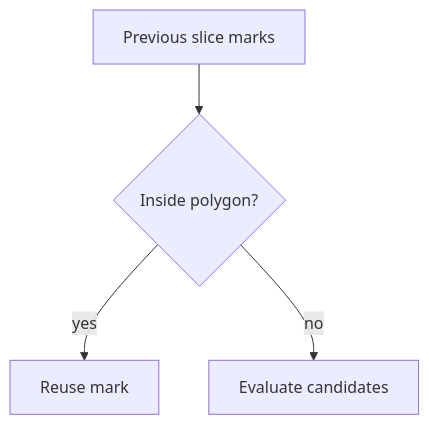
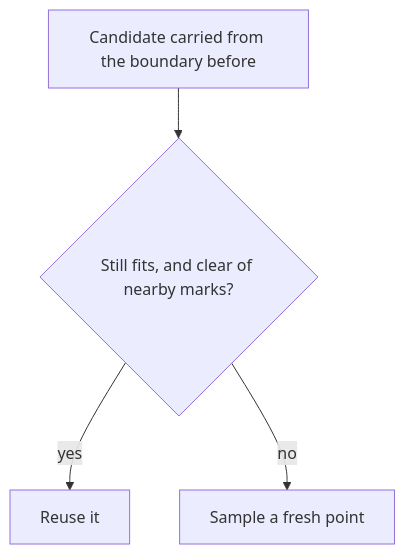
The first of 5 diagrams in docs/reference_mark_algorithm.md (ravenoak/layerforge), drawn with Mermaid before and after one commit. The commit also changed other lines of this file and 43 other files, not shown here.

````diff
--- a/docs/reference_mark_algorithm.md
+++ b/docs/reference_mark_algorithm.md
@@ -36,6 +31,6 @@
 ```mermaid
 flowchart TD
-    A[Previous slice marks] --> B{Inside polygon?}
-    B -- yes --> C[Reuse mark]
-    B -- no --> D[Evaluate candidates]
+    A[Candidate carried from the boundary before] --> B{Still fits, and clear of nearby marks?}
+    B -- yes --> C[Reuse it]
+    B -- no --> D[Sample a fresh point]
 ```
````
